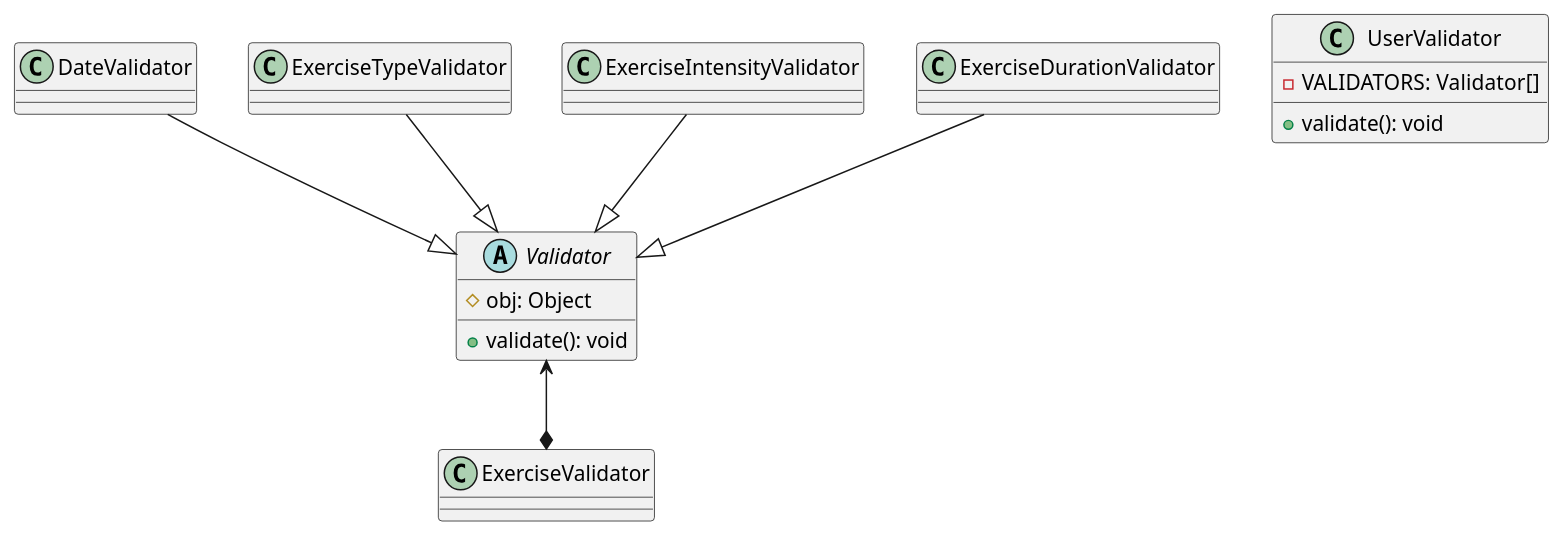
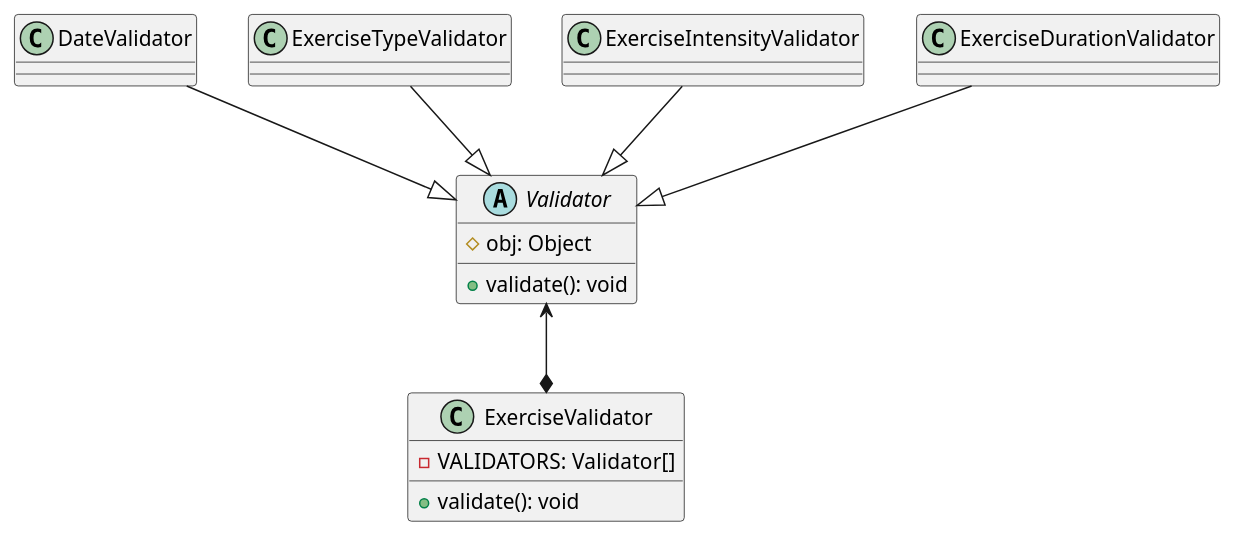
The diagram in doc/class-diagram/backend/exercise/ExerciseValidator.puml (leidZhang/Nutrifit), drawn with PlantUML before and after one commit. The commit also changed 15 other files, not shown here.

Commit message:
UML diagrams

```diff
--- a/doc/class-diagram/backend/exercise/ExerciseValidator.puml
+++ b/doc/class-diagram/backend/exercise/ExerciseValidator.puml
@@ -1,27 +1,27 @@
 @startuml
 'https://plantuml.com/class-diagram
-class UserValidator {
+class ExerciseValidator {
   - VALIDATORS: Validator[]
 
   + validate(): void
 }
 
 abstract class Validator {
   # obj: Object
 
   + validate(): void
 }
 
 class DateValidator
 class ExerciseTypeValidator
 class ExerciseIntensityValidator
 class ExerciseDurationValidator
 
 DateValidator --|> Validator
 ExerciseTypeValidator --|> Validator
 ExerciseDurationValidator --|> Validator
 ExerciseIntensityValidator --|> Validator
 
 ExerciseValidator *-up-> Validator
 
 @enduml
```
